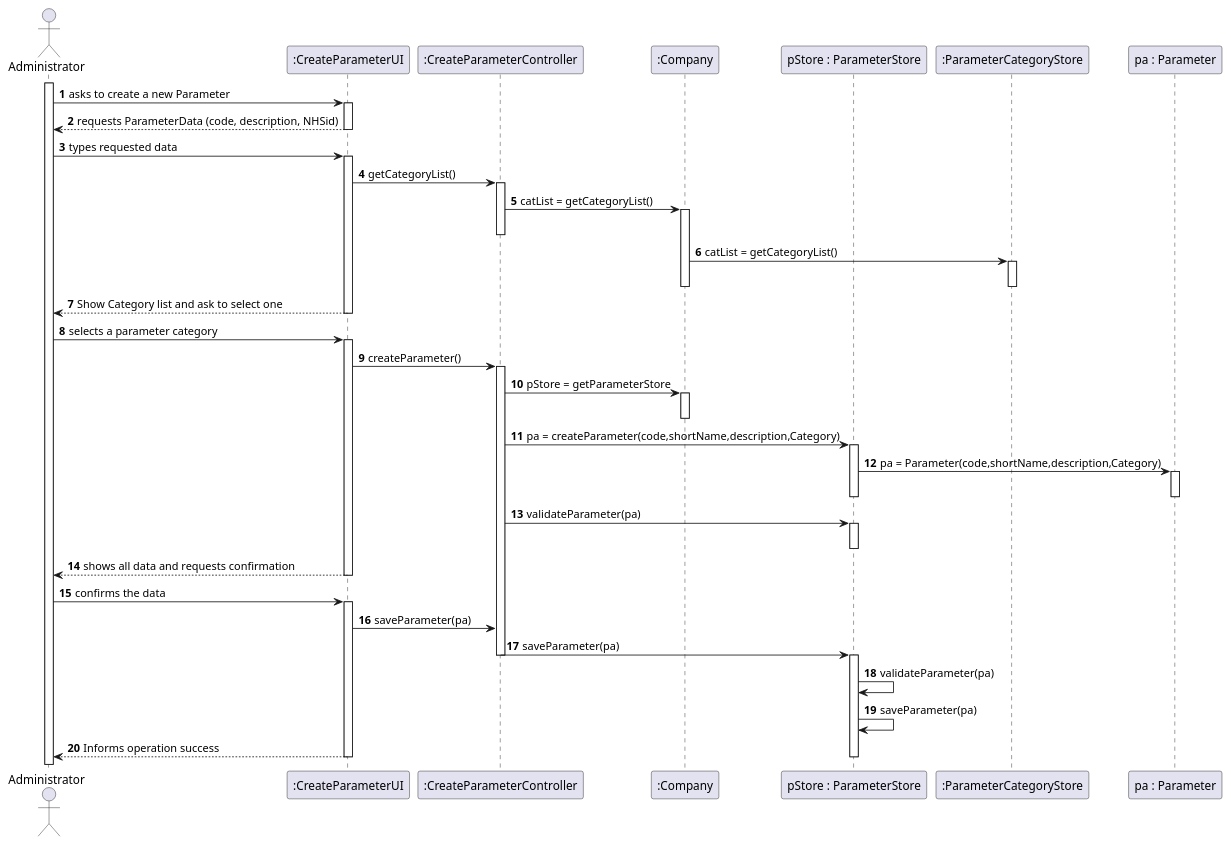
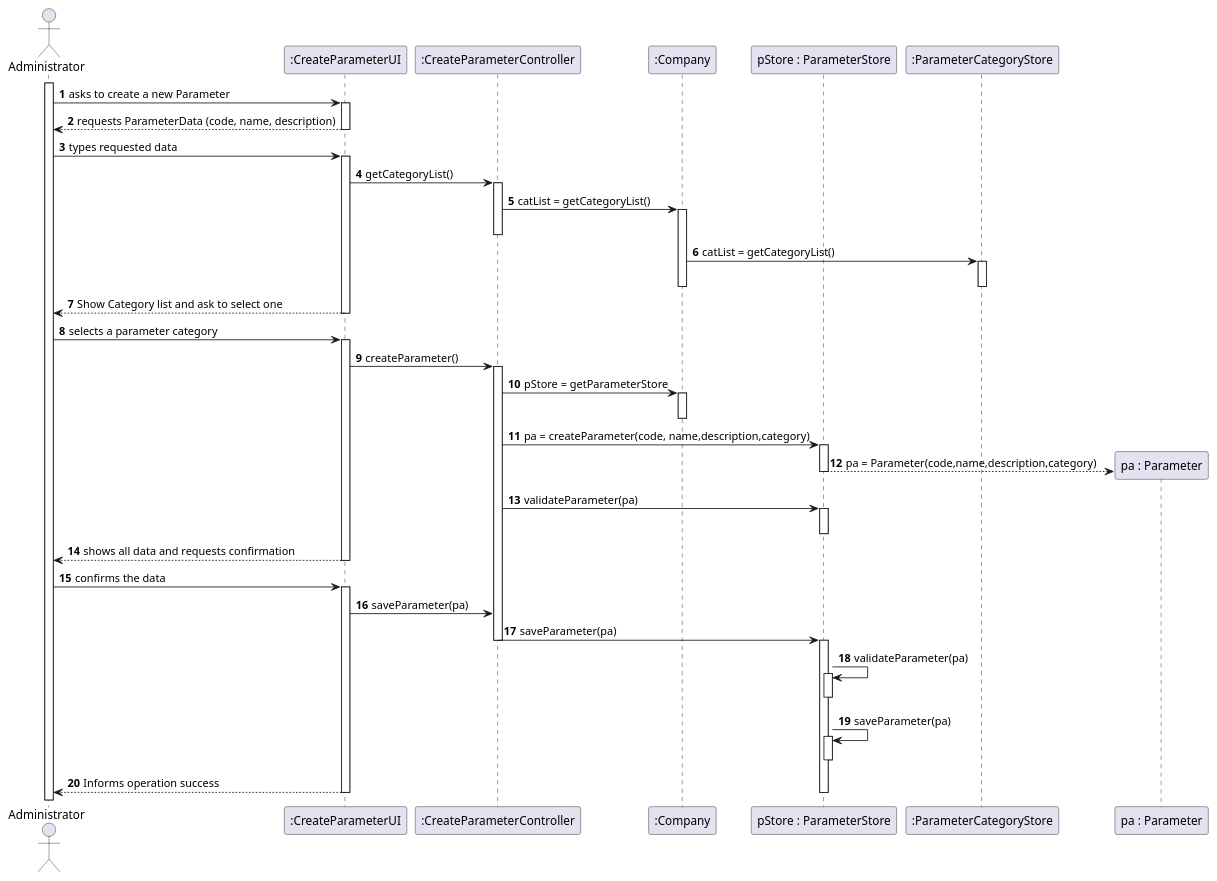
The diagram in docs/SprintB/US10/US10_SD.puml (MarianaCLages/LAPR2), drawn with PlantUML before and after one commit. The commit also changed 10 other files, not shown here.

```diff
--- a/docs/SprintB/US10/US10_SD.puml
+++ b/docs/SprintB/US10/US10_SD.puml
@@ -1,106 +1,108 @@
 @startuml
 autonumber
 'hide footbox
 actor "Administrator" as Administrator
 
 participant ":CreateParameterUI" as UI
 participant ":CreateParameterController" as CTRL
 participant ":Company" as COMPANY
 participant "pStore : ParameterStore" as PARAMETERSTORE
 participant ":ParameterCategoryStore" as CATEGORYSTORE
 participant "pa : Parameter" as PARAMETER
 
 
 activate Administrator
 Administrator -> UI: asks to create a new Parameter
 activate UI
 
 
 
 
-UI --> Administrator :requests ParameterData (code, description, NHSid)
+UI --> Administrator :requests ParameterData (code, name, description)
 deactivate UI
 
 
 Administrator -> UI : types requested data
 activate UI
 
 
 
 UI -> CTRL : getCategoryList()
 activate CTRL
 
 
 CTRL -> COMPANY : catList = getCategoryList()
 activate COMPANY
 deactivate CTRL
 
 COMPANY -> CATEGORYSTORE  : catList = getCategoryList()
 activate CATEGORYSTORE
 deactivate COMPANY
 deactivate CATEGORYSTORE
 
 
 
 
 
 
 UI --> Administrator : Show Category list and ask to select one
 deactivate UI
 
 
 
 
 
 Administrator -> UI : selects a parameter category
 activate UI
 
 
 
 
 UI-> CTRL : createParameter()
 activate CTRL
 
 CTRL -> COMPANY : pStore = getParameterStore
 activate COMPANY
 deactivate COMPANY
-CTRL -> PARAMETERSTORE : pa = createParameter(code,shortName,description,Category)
+CTRL -> PARAMETERSTORE : pa = createParameter(code, name,description,category)
 
 activate PARAMETERSTORE
 
-PARAMETERSTORE -> PARAMETER : pa = Parameter(code,shortName,description,Category)
+PARAMETERSTORE --> PARAMETER **: pa = Parameter(code,name,description,category)
 
-activate PARAMETER
-deactivate PARAMETER
+
 deactivate PARAMETERSTORE
 CTRL -> PARAMETERSTORE : validateParameter(pa)
 activate PARAMETERSTORE
 deactivate PARAMETERSTORE
 
 UI --> Administrator : shows all data and requests confirmation
 deactivate UI
 
 Administrator -> UI : confirms the data
 activate UI
 
 UI-> CTRL : saveParameter(pa)
 
 CTRL -> PARAMETERSTORE : saveParameter(pa)
 deactivate CTRL
 activate PARAMETERSTORE
 PARAMETERSTORE -> PARAMETERSTORE : validateParameter(pa)
+activate PARAMETERSTORE
+deactivate PARAMETERSTORE
 PARAMETERSTORE -> PARAMETERSTORE : saveParameter(pa)
-
+activate PARAMETERSTORE
+deactivate PARAMETERSTORE
 
 UI --> Administrator : Informs operation success
 deactivate UI
 
 deactivate PARAMETERSTORE
 
 
 
 
 
 
 
 @enduml
```
